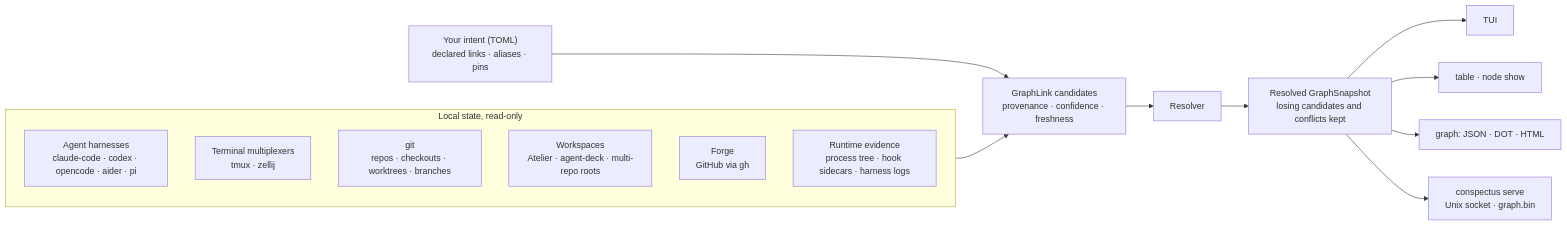
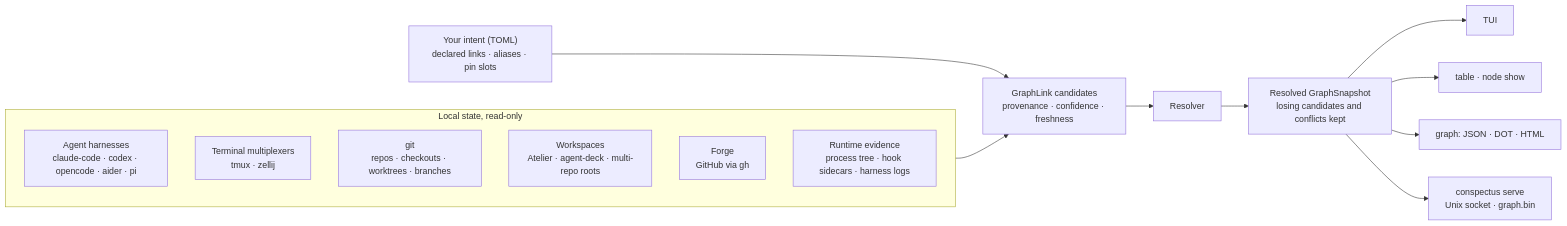
Before and after one commit to malloc47/conspectus: the diagram in README.md, drawn with Mermaid. The commit also changed other lines of this file and 12 other files, not shown here.

First line of the commit message:
docs: describe pin slots, history, and rebuild (CSP-685)

````diff
--- a/README.md
+++ b/README.md
@@ -211,20 +225,20 @@
 ```mermaid
 flowchart LR
   subgraph S["Local state, read-only"]
     H["Agent harnesses<br/>claude-code · codex · opencode · aider · pi"]
     M["Terminal multiplexers<br/>tmux · zellij"]
     G["git<br/>repos · checkouts · worktrees · branches"]
     W["Workspaces<br/>Atelier · agent-deck · multi-repo roots"]
     F["Forge<br/>GitHub via gh"]
     P["Runtime evidence<br/>process tree · hook sidecars · harness logs"]
   end
-  U["Your intent (TOML)<br/>declared links · aliases · pins"]
+  U["Your intent (TOML)<br/>declared links · aliases · pin slots"]
   S --> C["GraphLink candidates<br/>provenance · confidence · freshness"]
   U --> C
   C --> R["Resolver"]
   R --> N["Resolved GraphSnapshot<br/>losing candidates and conflicts kept"]
   N --> TUI["TUI"]
   N --> T["table · node show"]
   N --> X["graph: JSON · DOT · HTML"]
   N --> D["conspectus serve<br/>Unix socket · graph.bin"]
 ```
````
